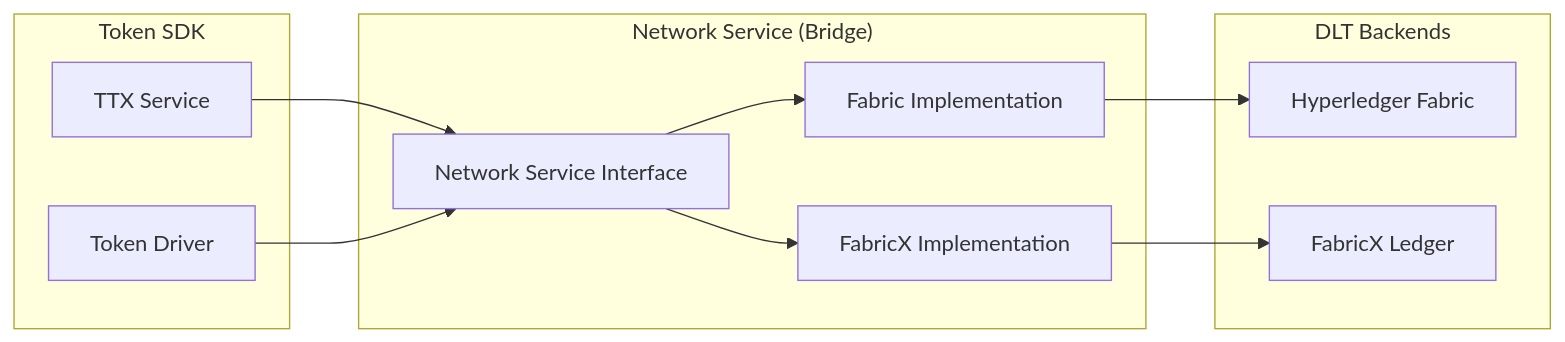
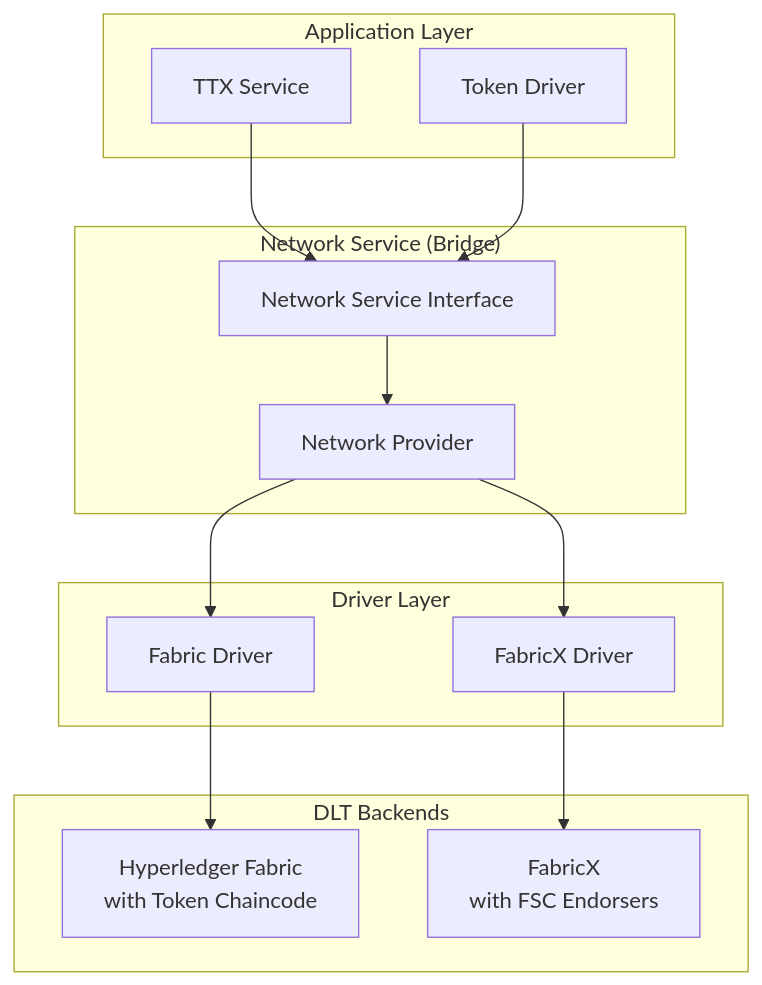
Before and after one commit to hyperledger-labs/fabric-token-sdk: the first of 2 diagrams in docs/services/network.md, drawn with Mermaid. The commit also changed other lines of this file and 4 other files, not shown here.

````diff
--- a/docs/services/network.md
+++ b/docs/services/network.md
@@ -9,25 +9,30 @@
 ```mermaid
-graph LR
-    subgraph "Token SDK"
+graph TB
+    subgraph "Application Layer"
         TTX[TTX Service]
         Driver[Token Driver]
     end
 
     subgraph "Network Service (Bridge)"
         NS[Network Service Interface]
-        FabricD[Fabric Implementation]
-        FabricXD[FabricX Implementation]
+        Provider[Network Provider]
+    end
+
+    subgraph "Driver Layer"
+        FabricD[Fabric Driver]
+        FabricXD[FabricX Driver]
     end
 
     subgraph "DLT Backends"
-        Fabric[Hyperledger Fabric]
-        FabricX[FabricX Ledger]
+        Fabric[Hyperledger Fabric<br/>with Token Chaincode]
+        FabricX[FabricX<br/>with FSC Endorsers]
     end
 
     TTX --> NS
     Driver --> NS
-    NS --> FabricD
-    NS --> FabricXD
+    NS --> Provider
+    Provider --> FabricD
+    Provider --> FabricXD
     FabricD --> Fabric
     FabricXD --> FabricX
 ```
````
